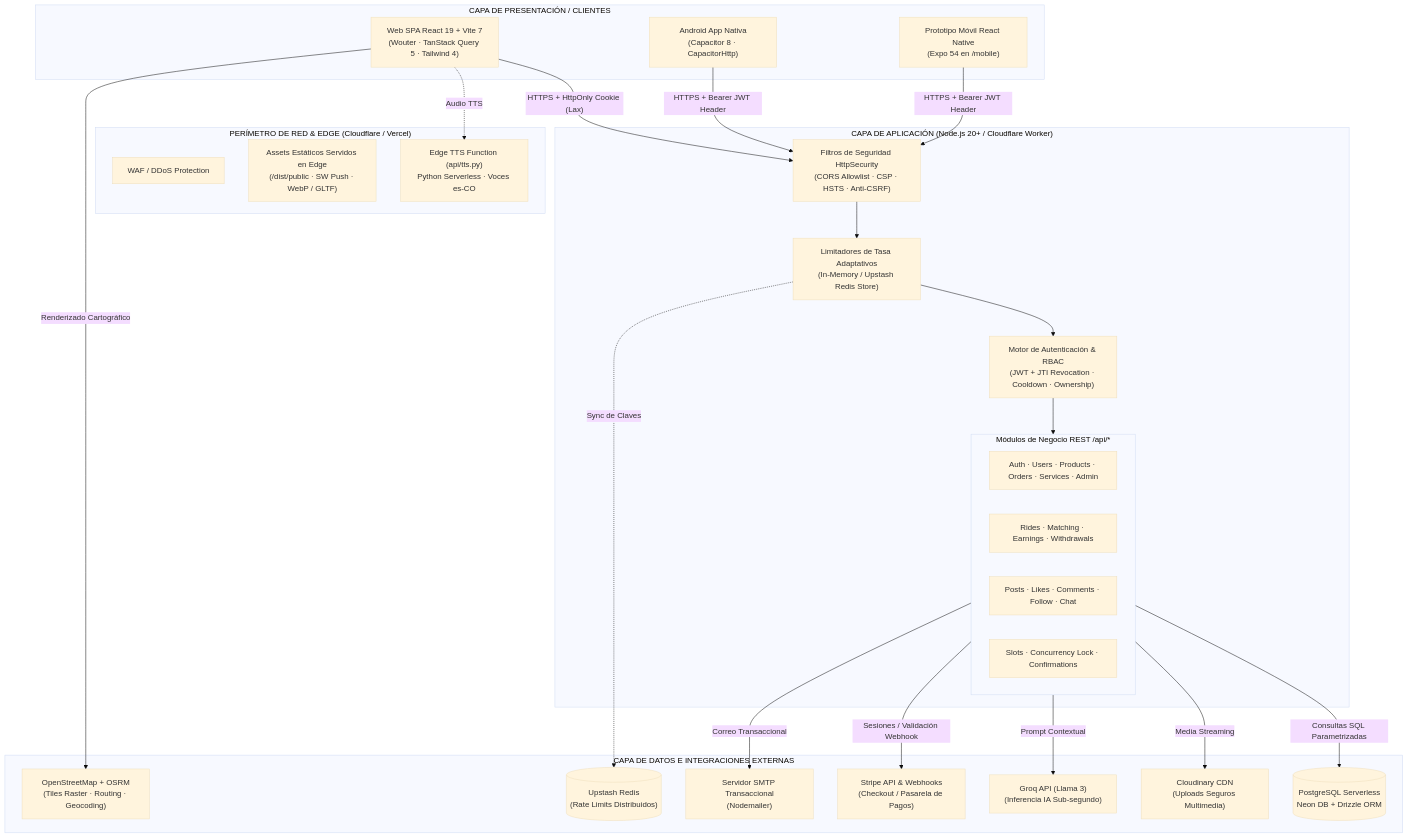
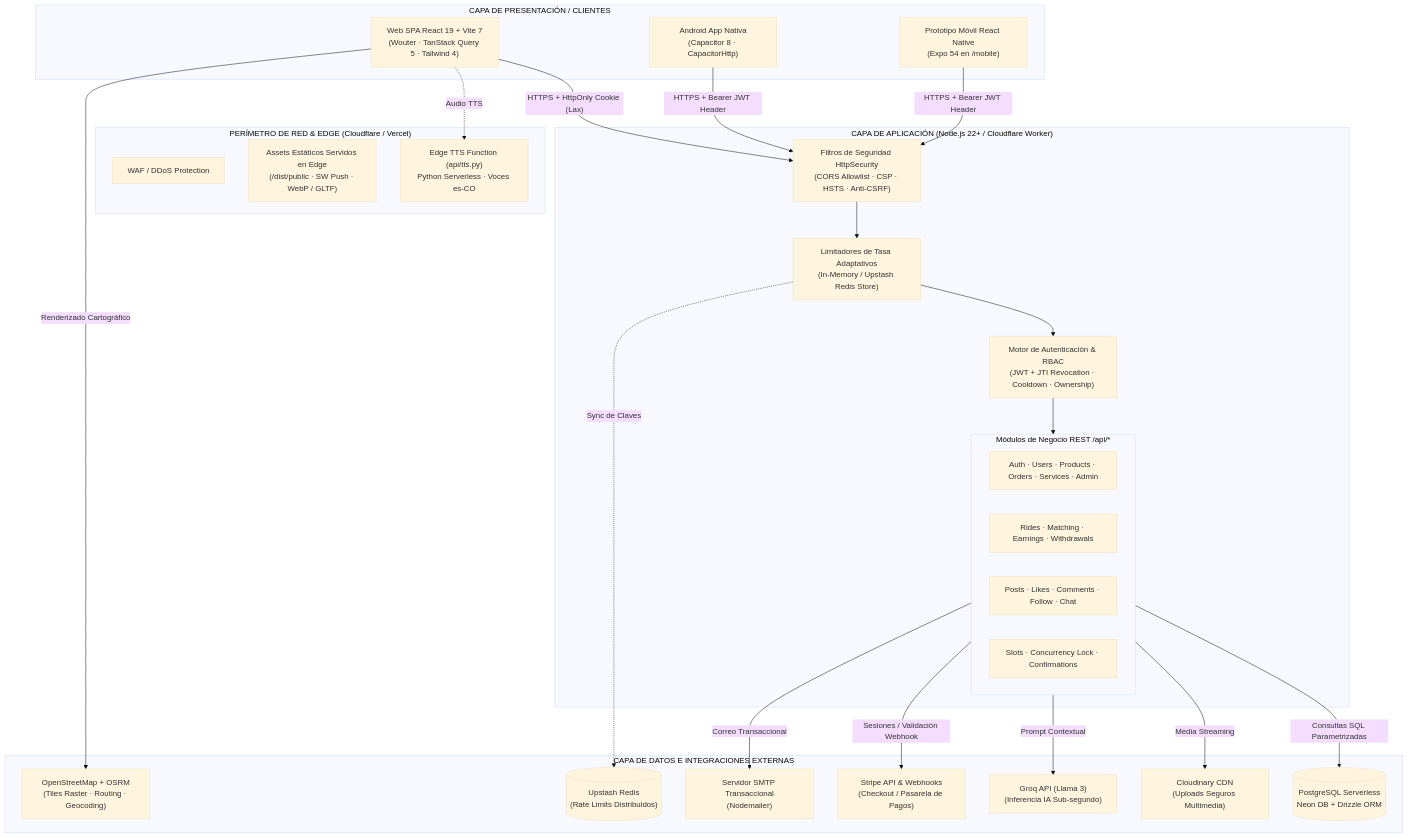
The first of 5 diagrams in README TECNICO.md (Netherstar44/ViaNovaIA), drawn with Mermaid (base theme) before and after one commit. The commit also changed other lines of this file and 6 other files, not shown here.

First line of the commit message:
docs: document the mobile startup work and Android release flow

````diff
--- a/README TECNICO.md
+++ b/README TECNICO.md
@@ -83,54 +83,54 @@
 ```mermaid
 flowchart TB
     subgraph Clientes["CAPA DE PRESENTACIÓN / CLIENTES"]
         WebSPA["Web SPA React 19 + Vite 7<br/>(Wouter · TanStack Query 5 · Tailwind 4)"]
         CapacitorApp["Android App Nativa<br/>(Capacitor 8 · CapacitorHttp)"]
         ExpoApp["Prototipo Móvil React Native<br/>(Expo 54 en /mobile)"]
     end
 
     subgraph EdgePerimeter["PERÍMETRO DE RED & EDGE (Cloudflare / Vercel)"]
         WAF["WAF / DDoS Protection"]
         StaticAssets["Assets Estáticos Servidos en Edge<br/>(/dist/public · SW Push · WebP / GLTF)"]
         TTSFunction["Edge TTS Function (api/tts.py)<br/>Python Serverless · Voces es-CO"]
     end
 
-    subgraph APIBackend["CAPA DE APLICACIÓN (Node.js 20+ / Cloudflare Worker)"]
+    subgraph APIBackend["CAPA DE APLICACIÓN (Node.js 22+ / Cloudflare Worker)"]
         HttpGuard["Filtros de Seguridad HttpSecurity<br/>(CORS Allowlist · CSP · HSTS · Anti-CSRF)"]
         RateLimiter["Limitadores de Tasa Adaptativos<br/>(In-Memory / Upstash Redis Store)"]
         AuthMiddleware["Motor de Autenticación & RBAC<br/>(JWT + JTI Revocation · Cooldown · Ownership)"]
         
         subgraph Subrouters["Módulos de Negocio REST /api/*"]
             CoreRoutes["Auth · Users · Products · Orders · Services · Admin"]
             TaxiRoutes["Rides · Matching · Earnings · Withdrawals"]
             SocialRoutes["Posts · Likes · Comments · Follow · Chat"]
             BookingRoutes["Slots · Concurrency Lock · Confirmations"]
         end
     end
 
     subgraph DataIntegrations["CAPA DE DATOS E INTEGRACIONES EXTERNAS"]
         PostgresDB[("PostgreSQL Serverless<br/>Neon DB + Drizzle ORM")]
         Upstash[("Upstash Redis<br/>(Rate Limits Distribuidos)")]
         Cloudinary["Cloudinary CDN<br/>(Uploads Seguros Multimedia)"]
         Groq["Groq API (Llama 3)<br/>(Inferencia IA Sub-segundo)"]
         StripeAPI["Stripe API & Webhooks<br/>(Checkout / Pasarela de Pagos)"]
         OSM["OpenStreetMap + OSRM<br/>(Tiles Raster · Routing · Geocoding)"]
         SMTP["Servidor SMTP Transaccional<br/>(Nodemailer)"]
     end
 
     WebSPA -->|"HTTPS + HttpOnly Cookie (Lax)"| HttpGuard
     CapacitorApp -->|"HTTPS + Bearer JWT Header"| HttpGuard
     ExpoApp -->|"HTTPS + Bearer JWT Header"| HttpGuard
     WebSPA -.->|"Audio TTS"| TTSFunction
 
     HttpGuard --> RateLimiter
     RateLimiter --> AuthMiddleware
     AuthMiddleware --> Subrouters
 
     Subrouters -->|"Consultas SQL Parametrizadas"| PostgresDB
     RateLimiter -.->|"Sync de Claves"| Upstash
     Subrouters -->|"Media Streaming"| Cloudinary
     Subrouters -->|"Prompt Contextual"| Groq
     Subrouters -->|"Sesiones / Validación Webhook"| StripeAPI
     Subrouters -->|"Correo Transaccional"| SMTP
     WebSPA -->|"Renderizado Cartográfico"| OSM
 ```
````
